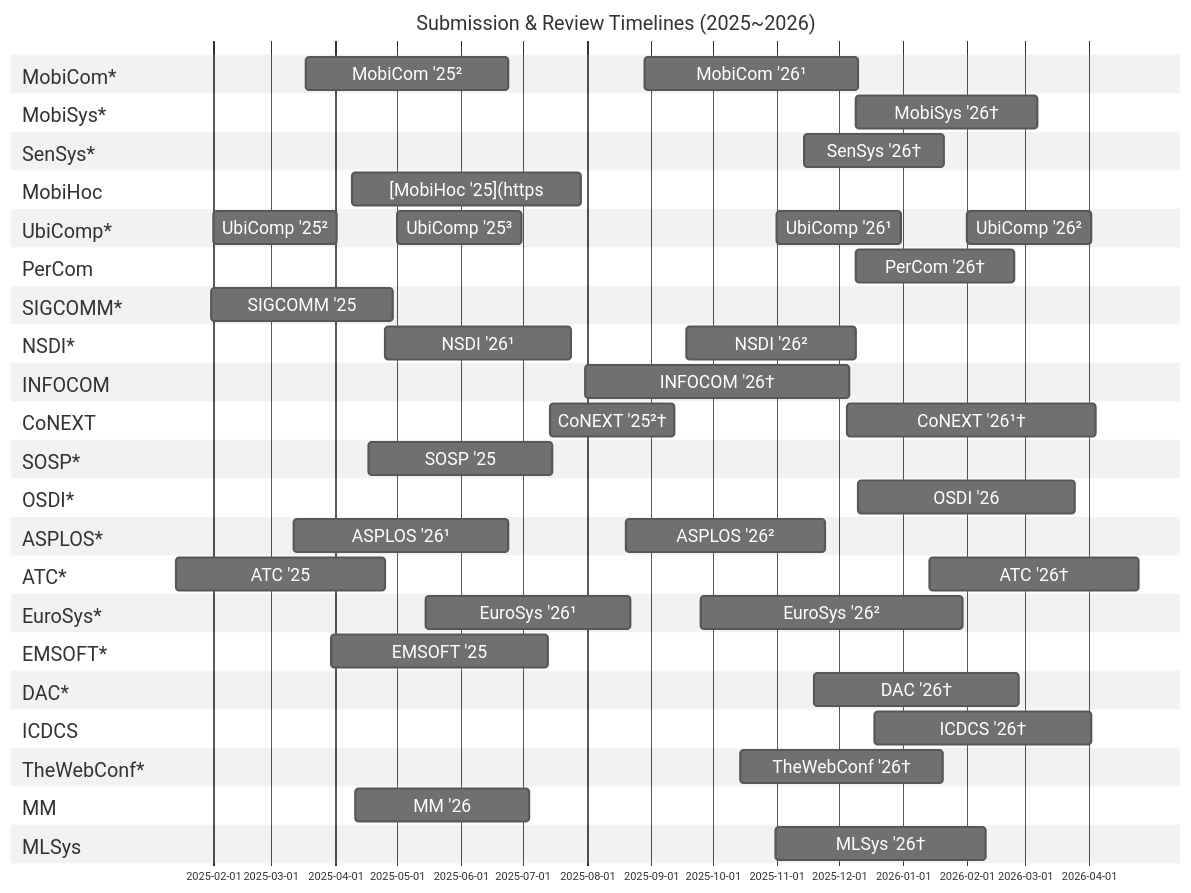
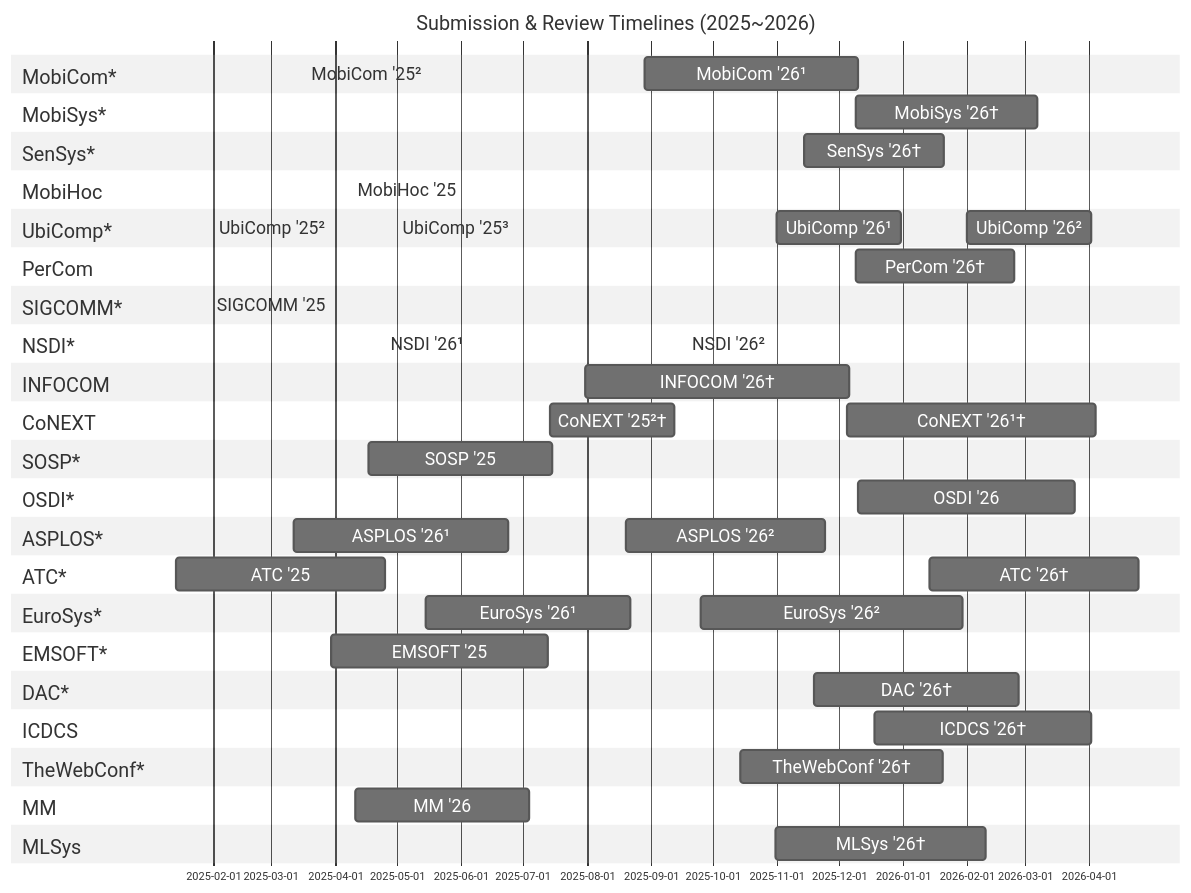
The diagram in README.md (iamseonghoon/Mobile-Systems-Conference-Timelines), drawn with Mermaid before and after one commit. The commit also changed other lines of this file, not shown here.

```diff
--- a/README.md
+++ b/README.md
@@ -26,7 +26,7 @@
     %% Mobile
     %% --------------------------
     section MobiCom*
-    MobiCom '25² :mobicom25-review2, 2025-03-18, 98d
+    MobiCom '25² :mobicom25-review2, 2025-03-18, 98d  %% https://www.sigmobile.org/mobicom/2025/cfp.html
     MobiCom '26¹ :mobicom26-review1, 2025-08-29, 103d
 
     section MobiSys*
@@ -36,11 +36,11 @@
     SenSys '26† :sensys26-review, 2025-11-14, 68d
 
     section MobiHoc
-    [MobiHoc '25](https://www.sigmobile.org/mobihoc/2025/cfp.html) :mobihoc25-review, 2025-04-09, 111d
+    MobiHoc '25 :mobihoc25-review, 2025-04-09, 111d %% https://www.sigmobile.org/mobihoc/2025/cfp.html
 
     section UbiComp*
-    UbiComp '25² :ubicomp25-review3, 2025-02-01, 60d
-    UbiComp '25³ :ubicomp25-review2, 2025-05-01, 60d
+    UbiComp '25² :ubicomp25-review3, 2025-02-01, 60d %% https://www.ubicomp.org/ubicomp-iswc-2025/authors/
+    UbiComp '25³ :ubicomp25-review2, 2025-05-01, 60d %% https://www.ubicomp.org/ubicomp-iswc-2025/authors/
     UbiComp '26¹ :ubicomp25-review1, 2025-11-01, 60d
     UbiComp '26² :ubicomp26-review3, 2026-02-01, 60d
 
@@ -51,11 +51,11 @@
     %% Network
     %% --------------------------
     section SIGCOMM*
-    SIGCOMM '25 :sigcomm25-review, 2025-01-31, 88d
+    SIGCOMM '25 :sigcomm25-review, 2025-01-31, 88d %% https://conferences.sigcomm.org/sigcomm/2025/cfp/
 
     section NSDI*
-    NSDI '26¹ :nsdi-review1, 2025-04-25, 90d
-    NSDI '26² :nsdi-review2, 2025-09-18, 82d
+    NSDI '26¹ :nsdi-review1, 2025-04-25, 90d %% https://www.usenix.org/conference/nsdi26/call-for-papers
+    NSDI '26² :nsdi-review2, 2025-09-18, 82d %% https://www.usenix.org/conference/nsdi26/call-for-papers
 
     section INFOCOM
     INFOCOM '26† :infocom26-review, 2025-07-31, 128d
```
